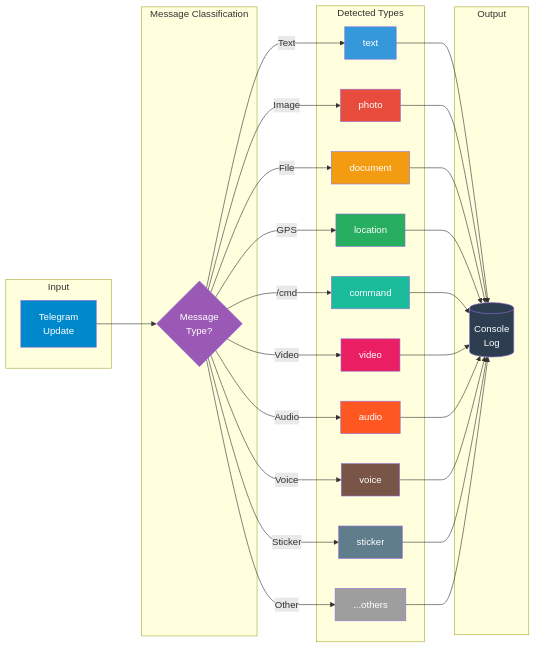
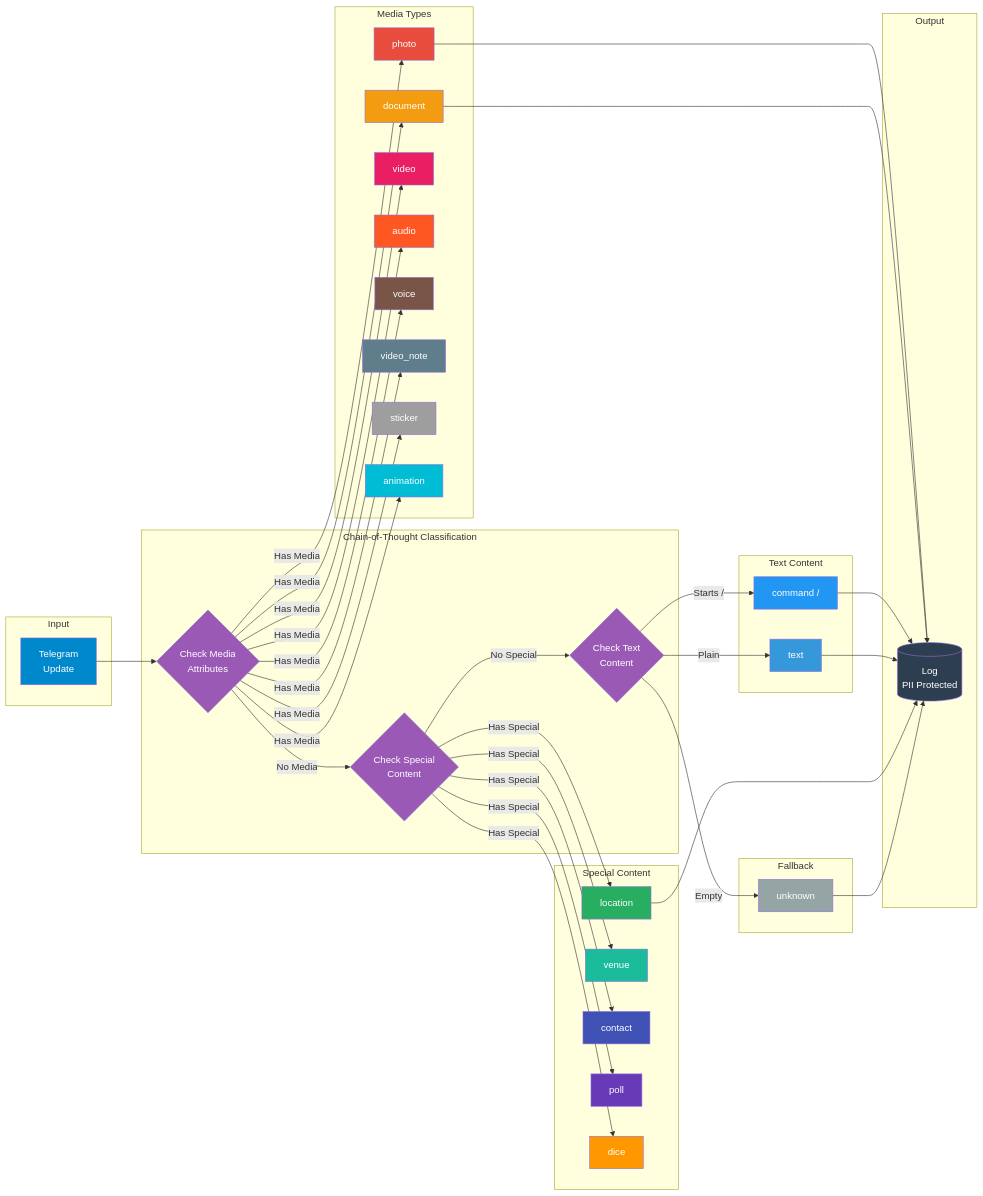
One commit to javierjortiz82/multi-channel-service changed the fourth of 5 diagrams in REQ/REQ-1.md. Above: the diagram before and after it, drawn with Mermaid. The commit also changed other lines of this file, not shown here.

````diff
--- a/REQ/REQ-1.md
+++ b/REQ/REQ-1.md
@@ -341,61 +564,90 @@
         A[Telegram\nUpdate]
     end
 
-    subgraph Classification["Message Classification"]
-        B{Message\nType?}
+    subgraph Classification["Chain-of-Thought Classification"]
+        B{Check Media\nAttributes}
+        C{Check Special\nContent}
+        D{Check Text\nContent}
     end
 
-    subgraph Types["Detected Types"]
-        C[text]
-        D[photo]
-        E[document]
-        F[location]
-        G[command]
-        H[video]
-        I[audio]
-        J[voice]
-        K[sticker]
-        L[...others]
+    subgraph MediaTypes["Media Types"]
+        M1[photo]
+        M2[document]
+        M3[video]
+        M4[audio]
+        M5[voice]
+        M6[video_note]
+        M7[sticker]
+        M8[animation]
+    end
+
+    subgraph SpecialTypes["Special Content"]
+        S1[location]
+        S2[venue]
+        S3[contact]
+        S4[poll]
+        S5[dice]
+    end
+
+    subgraph TextTypes["Text Content"]
+        T1[command /]
+        T2[text]
+    end
+
+    subgraph Fallback
+        U[unknown]
     end
 
     subgraph Output
-        M[(Console\nLog)]
+        O[(Log\nPII Protected)]
     end
 
     A --> B
-    B -->|Text| C
-    B -->|Image| D
-    B -->|File| E
-    B -->|GPS| F
-    B -->|/cmd| G
-    B -->|Video| H
-    B -->|Audio| I
-    B -->|Voice| J
-    B -->|Sticker| K
-    B -->|Other| L
+    B -->|Has Media| M1
+    B -->|Has Media| M2
+    B -->|Has Media| M3
+    B -->|Has Media| M4
+    B -->|Has Media| M5
+    B -->|Has Media| M6
+    B -->|Has Media| M7
+    B -->|Has Media| M8
+    B -->|No Media| C
+    C -->|Has Special| S1
+    C -->|Has Special| S2
+    C -->|Has Special| S3
+    C -->|Has Special| S4
+    C -->|Has Special| S5
+    C -->|No Special| D
+    D -->|Starts /| T1
+    D -->|Plain| T2
+    D -->|Empty| U
 
-    C --> M
-    D --> M
-    E --> M
-    F --> M
-    G --> M
-    H --> M
-    I --> M
-    J --> M
-    K --> M
-    L --> M
+    M1 --> O
+    M2 --> O
+    T1 --> O
+    T2 --> O
+    S1 --> O
+    U --> O
 
     style A fill:#0088cc,color:#fff
     style B fill:#9b59b6,color:#fff
-    style C fill:#3498db,color:#fff
-    style D fill:#e74c3c,color:#fff
-    style E fill:#f39c12,color:#fff
-    style F fill:#27ae60,color:#fff
-    style G fill:#1abc9c,color:#fff
-    style H fill:#e91e63,color:#fff
-    style I fill:#ff5722,color:#fff
-    style J fill:#795548,color:#fff
-    style K fill:#607d8b,color:#fff
-    style L fill:#9e9e9e,color:#fff
-    style M fill:#2c3e50,color:#fff
+    style C fill:#9b59b6,color:#fff
+    style D fill:#9b59b6,color:#fff
+    style M1 fill:#e74c3c,color:#fff
+    style M2 fill:#f39c12,color:#fff
+    style M3 fill:#e91e63,color:#fff
+    style M4 fill:#ff5722,color:#fff
+    style M5 fill:#795548,color:#fff
+    style M6 fill:#607d8b,color:#fff
+    style M7 fill:#9e9e9e,color:#fff
+    style M8 fill:#00bcd4,color:#fff
+    style S1 fill:#27ae60,color:#fff
+    style S2 fill:#1abc9c,color:#fff
+    style S3 fill:#3f51b5,color:#fff
+    style S4 fill:#673ab7,color:#fff
+    style S5 fill:#ff9800,color:#fff
+    style T1 fill:#2196f3,color:#fff
+    style T2 fill:#3498db,color:#fff
+    style U fill:#95a5a6,color:#fff
+    style O fill:#2c3e50,color:#fff
 ```
````
